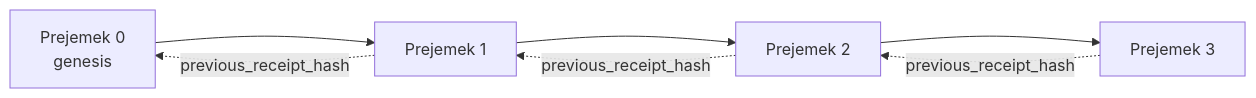
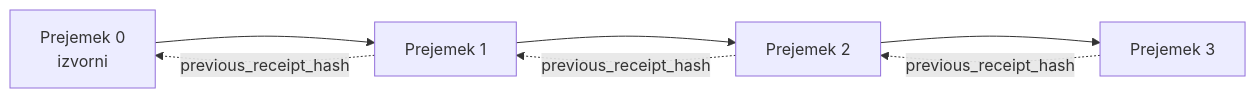
The second of 2 diagrams in mirrors/repos/microsoft@ai-agents-for-beginners/translations/sl/18-securing-ai-agents/README.md (gabrielmoreira/agent-skills-mirror), drawn with Mermaid before and after one commit. The commit also changed other lines of this file and 2285 other files, not shown here.

````diff
--- a/mirrors/repos/microsoft@ai-agents-for-beginners/translations/sl/18-securing-ai-agents/README.md
+++ b/mirrors/repos/microsoft@ai-agents-for-beginners/translations/sl/18-securing-ai-agents/README.md
@@ -206,9 +206,9 @@
 ```mermaid
 flowchart LR
-    R0[Prejemek 0<br/>genesis] --> R1[Prejemek 1]
+    R0[Prejemek 0<br/>izvorni] --> R1[Prejemek 1]
     R1 --> R2[Prejemek 2]
     R2 --> R3[Prejemek 3]
     R1 -. previous_receipt_hash .-> R0
     R2 -. previous_receipt_hash .-> R1
     R3 -. previous_receipt_hash .-> R2
 ```
````
